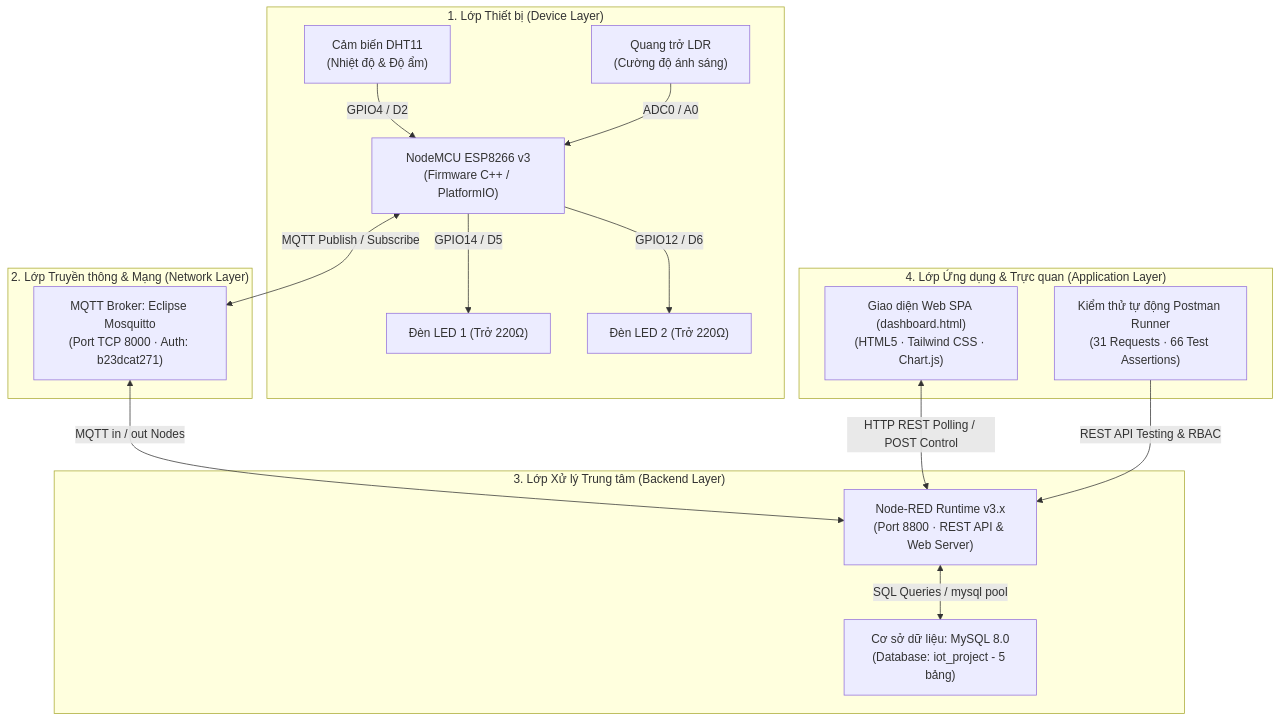
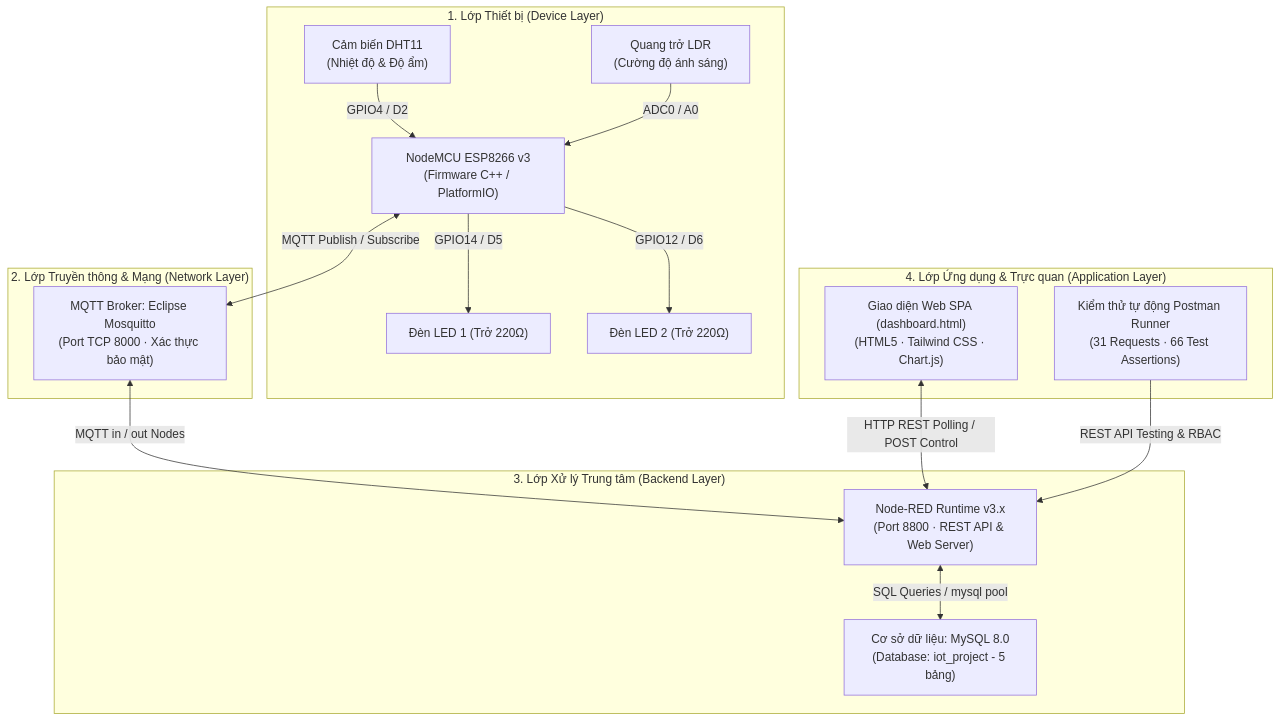
The first of 2 diagrams in README.md (trieunguyenminhtan-ops/iot_project), drawn with Mermaid before and after one commit. The commit also changed other lines of this file and 6 other files, not shown here.

````diff
--- a/README.md
+++ b/README.md
@@ -24,29 +24,29 @@
 ```mermaid
 flowchart TD
     subgraph Device_Layer ["1. Lớp Thiết bị (Device Layer)"]
         DHT11["Cảm biến DHT11<br/>(Nhiệt độ & Độ ẩm)"] -->|GPIO4 / D2| NodeMCU["NodeMCU ESP8266 v3<br/>(Firmware C++ / PlatformIO)"]
         LDR["Quang trở LDR<br/>(Cường độ ánh sáng)"] -->|ADC0 / A0| NodeMCU
         NodeMCU -->|GPIO14 / D5| LED1["Đèn LED 1 (Trở 220Ω)"]
         NodeMCU -->|GPIO12 / D6| LED2["Đèn LED 2 (Trở 220Ω)"]
     end
 
     subgraph Network_Layer ["2. Lớp Truyền thông & Mạng (Network Layer)"]
-        Broker["MQTT Broker: Eclipse Mosquitto<br/>(Port TCP 8000 · Auth: b23dcat271)"]
+        Broker["MQTT Broker: Eclipse Mosquitto<br/>(Port TCP 8000 · Xác thực bảo mật)"]
     end
 
     subgraph Middleware_Layer ["3. Lớp Xử lý Trung tâm (Backend Layer)"]
         NodeRED["Node-RED Runtime v3.x<br/>(Port 8800 · REST API & Web Server)"]
         DB["Cơ sở dữ liệu: MySQL 8.0<br/>(Database: iot_project - 5 bảng)"]
     end
 
     subgraph Application_Layer ["4. Lớp Ứng dụng & Trực quan (Application Layer)"]
         SPA["Giao diện Web SPA (dashboard.html)<br/>(HTML5 · Tailwind CSS · Chart.js)"]
         Postman["Kiểm thử tự động Postman Runner<br/>(31 Requests · 66 Test Assertions)"]
     end
 
     NodeMCU <-->|MQTT Publish / Subscribe| Broker
     Broker <-->|MQTT in / out Nodes| NodeRED
     NodeRED <-->|SQL Queries / mysql pool| DB
     SPA <-->|HTTP REST Polling / POST Control| NodeRED
     Postman -->|REST API Testing & RBAC| NodeRED
 ```
````
